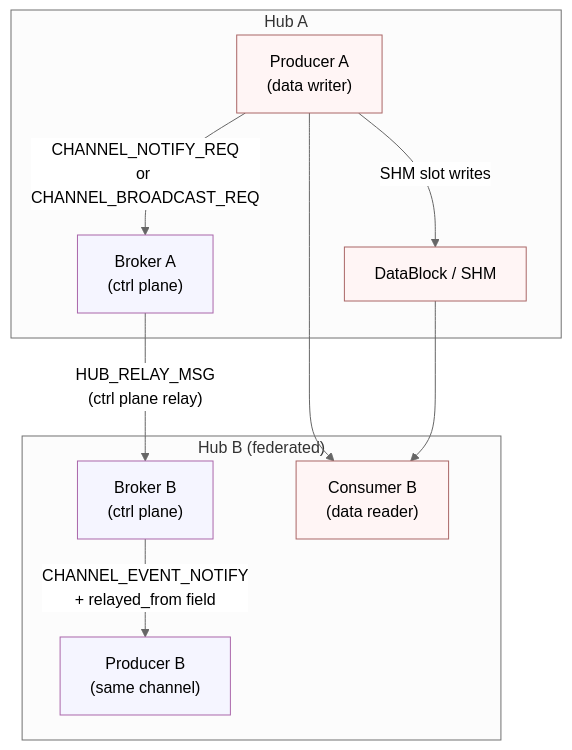
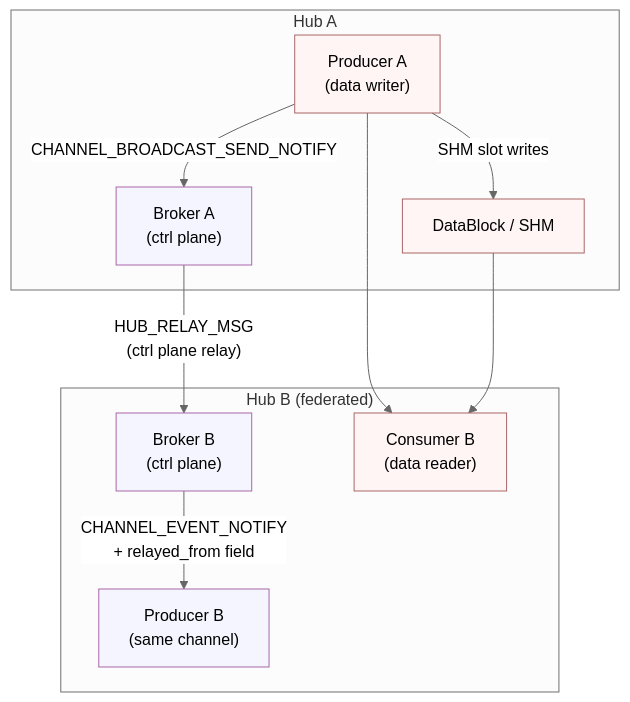
One commit to Qing-LAB/pylabhub changed the second of 8 diagrams in docs/HEP/HEP-CORE-0022-Hub-Federation-Broadcast.md. Above: the diagram before and after it, drawn with Mermaid (neutral theme). The commit also changed other lines of this file and 4 other files, not shown here.

First line of the commit message:
docs: sweep residual old broadcast/notify message names across HEPs

````diff
--- a/docs/HEP/HEP-CORE-0022-Hub-Federation-Broadcast.md
+++ b/docs/HEP/HEP-CORE-0022-Hub-Federation-Broadcast.md
@@ -114,26 +126,26 @@
 ```mermaid
 graph TD
     subgraph "Hub A"
         PA["Producer A\n(data writer)"]
         BA["Broker A\n(ctrl plane)"]
         PA -- "SHM slot writes" --> SHM["DataBlock / SHM"]
-        PA -- "CHANNEL_NOTIFY_REQ\nor CHANNEL_BROADCAST_REQ" --> BA
+        PA -- "CHANNEL_BROADCAST_SEND_NOTIFY" --> BA
     end
 
     subgraph "Hub B (federated)"
         BB["Broker B\n(ctrl plane)"]
         PB["Producer B\n(same channel)"]
         CB["Consumer B\n(data reader)"]
     end
 
     BA -- "HUB_RELAY_MSG\n(ctrl plane relay)" --> BB
     BB -- "CHANNEL_EVENT_NOTIFY\n+ relayed_from field" --> PB
 
     PA --> CB
     SHM --> CB
 
     classDef ctrl stroke:#a6a,fill:#f5f5ff
     classDef data stroke:#a66,fill:#fff5f5
     class BA,BB,PB ctrl
     class PA,SHM,CB data
 ```
````
